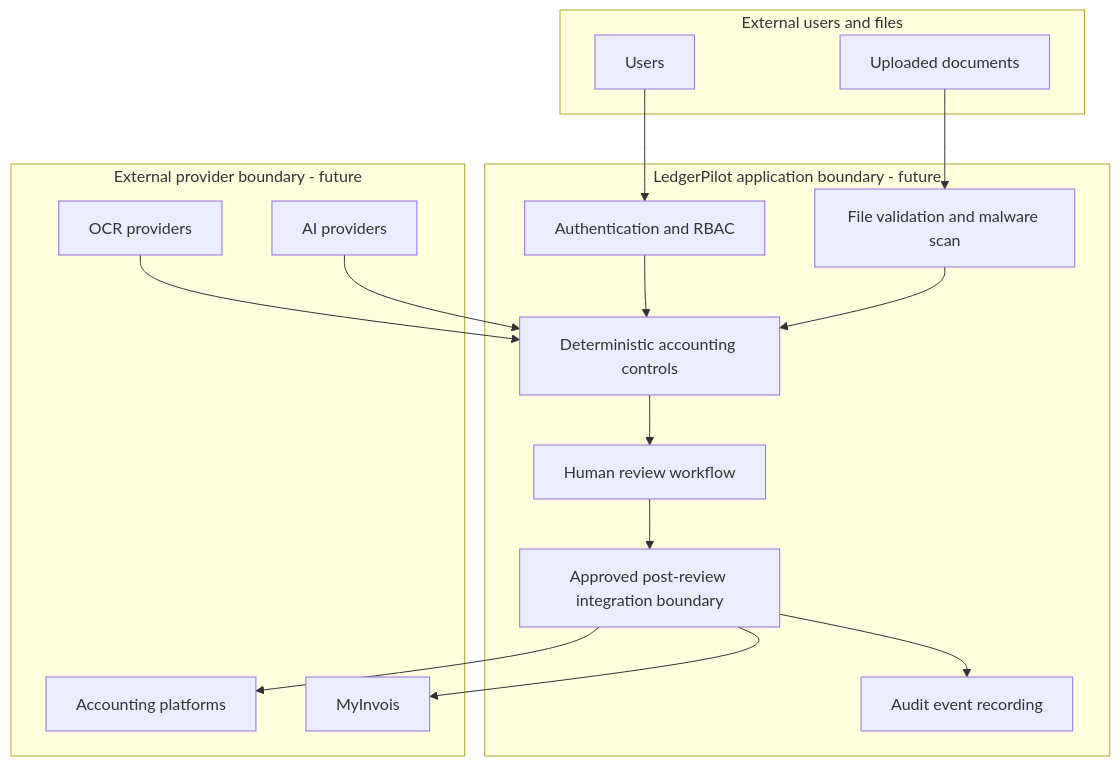
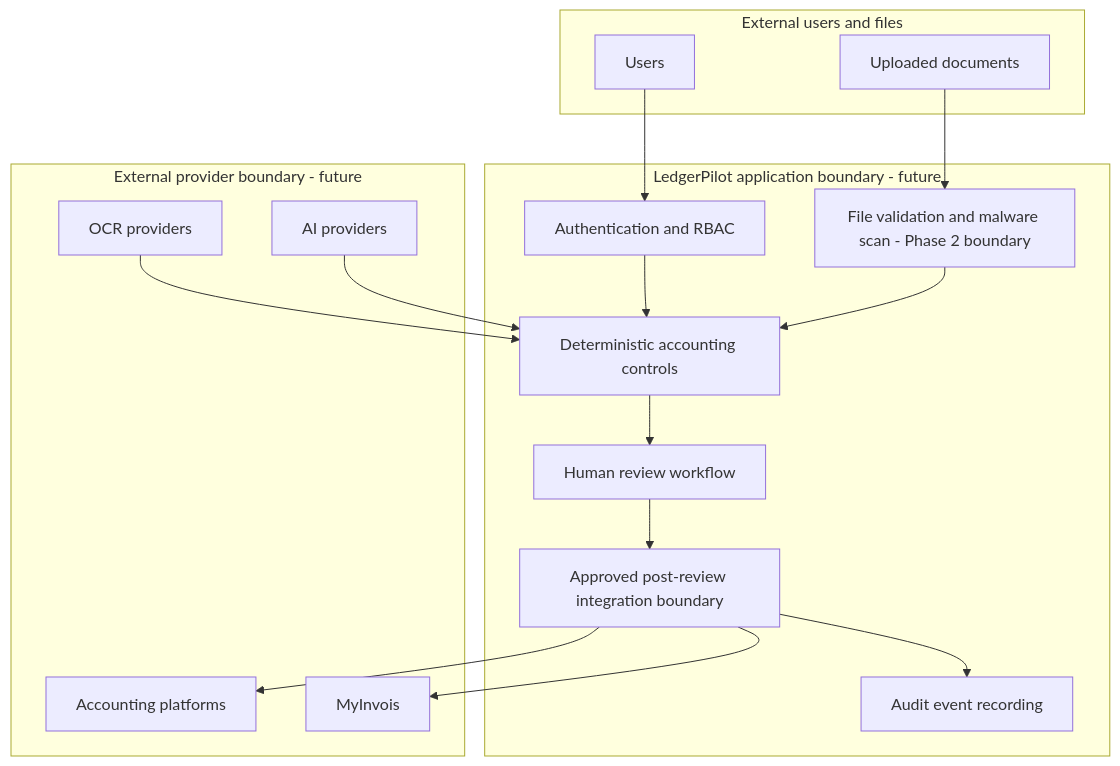
The second of 2 diagrams in docs/ARCHITECTURE.md (Linardi1328/ledgerpilot-ai), drawn with Mermaid before and after one commit. The commit also changed other lines of this file and 45 other files, not shown here.

````diff
--- a/docs/ARCHITECTURE.md
+++ b/docs/ARCHITECTURE.md
@@ -91,32 +104,32 @@
 ```mermaid
 flowchart TB
     subgraph Public["External users and files"]
         U[Users]
         F[Uploaded documents]
     end
     subgraph App["LedgerPilot application boundary - future"]
         Auth[Authentication and RBAC]
-        Val[File validation and malware scan]
+        Val[File validation and malware scan - Phase 2 boundary]
         Core[Deterministic accounting controls]
         Review[Human review workflow]
         Approved[Approved post-review integration boundary]
         Audit[Audit event recording]
     end
     subgraph Providers["External provider boundary - future"]
         OCR[OCR providers]
         AI[AI providers]
         SQL[Accounting platforms]
         MY[MyInvois]
     end
     U --> Auth
     F --> Val
     Auth --> Core
     Val --> Core
     OCR --> Core
     AI --> Core
     Core --> Review
     Review --> Approved
     Approved --> Audit
     Approved --> SQL
     Approved --> MY
 ```
````
